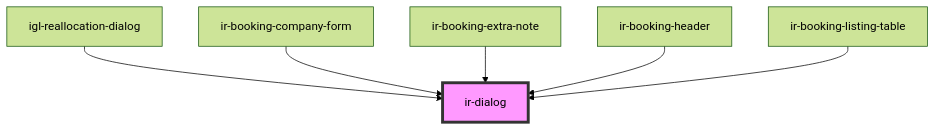
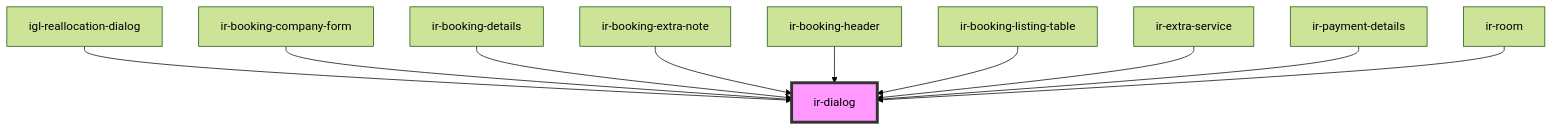
One commit to David1Chowaifaty/modified-ir-webcmp changed the diagram in src/components/ui/ir-dialog/readme.md. Above: the diagram before and after it, drawn with Mermaid (forest theme). The commit also changed other lines of this file and 69 other files, not shown here.

````diff
--- a/src/components/ui/ir-dialog/readme.md
+++ b/src/components/ui/ir-dialog/readme.md
@@ -62,9 +66,13 @@
 ```mermaid
 graph TD;
   igl-reallocation-dialog --> ir-dialog
   ir-booking-company-form --> ir-dialog
+  ir-booking-details --> ir-dialog
   ir-booking-extra-note --> ir-dialog
   ir-booking-header --> ir-dialog
   ir-booking-listing-table --> ir-dialog
+  ir-extra-service --> ir-dialog
+  ir-payment-details --> ir-dialog
+  ir-room --> ir-dialog
   style ir-dialog fill:#f9f,stroke:#333,stroke-width:4px
 ```
````
